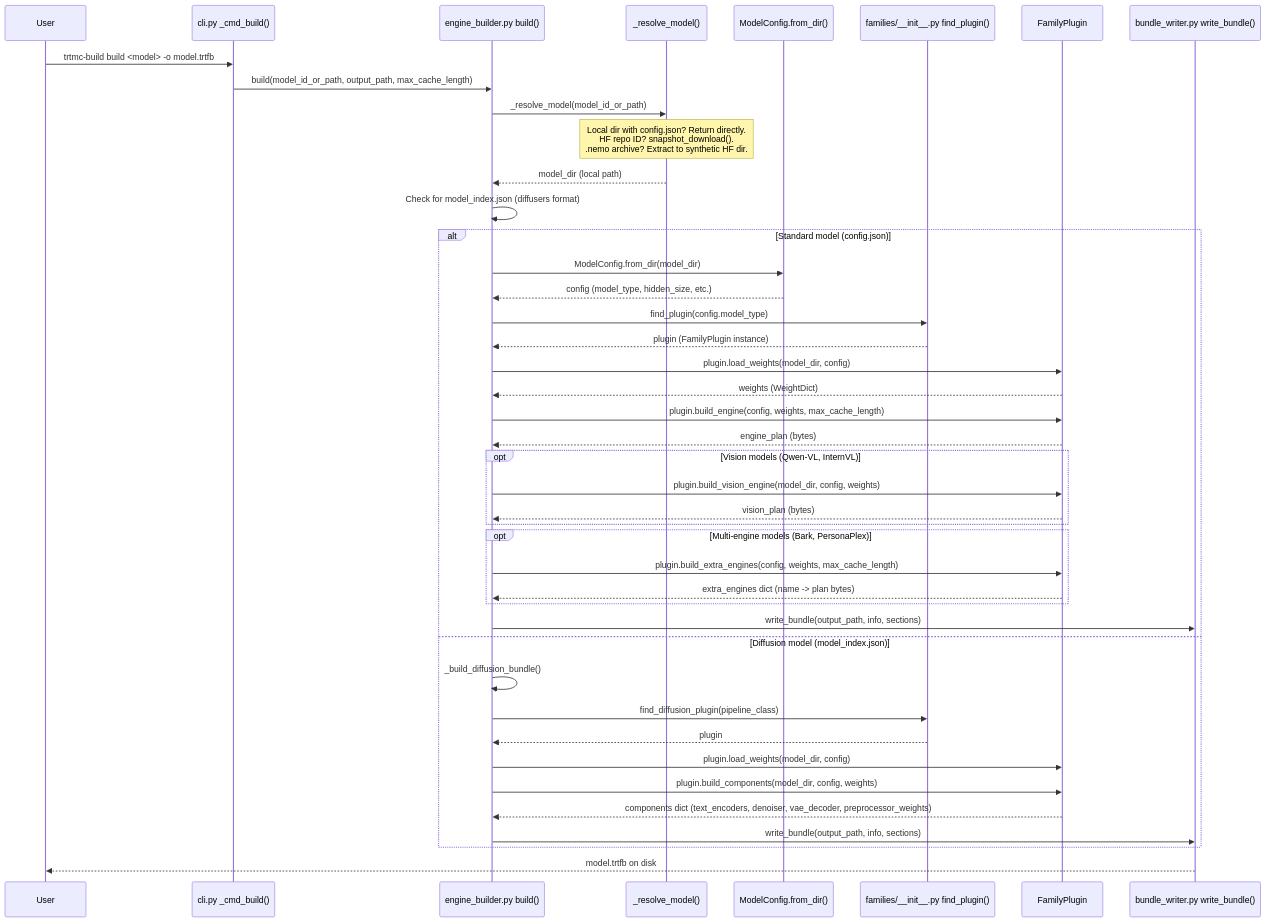
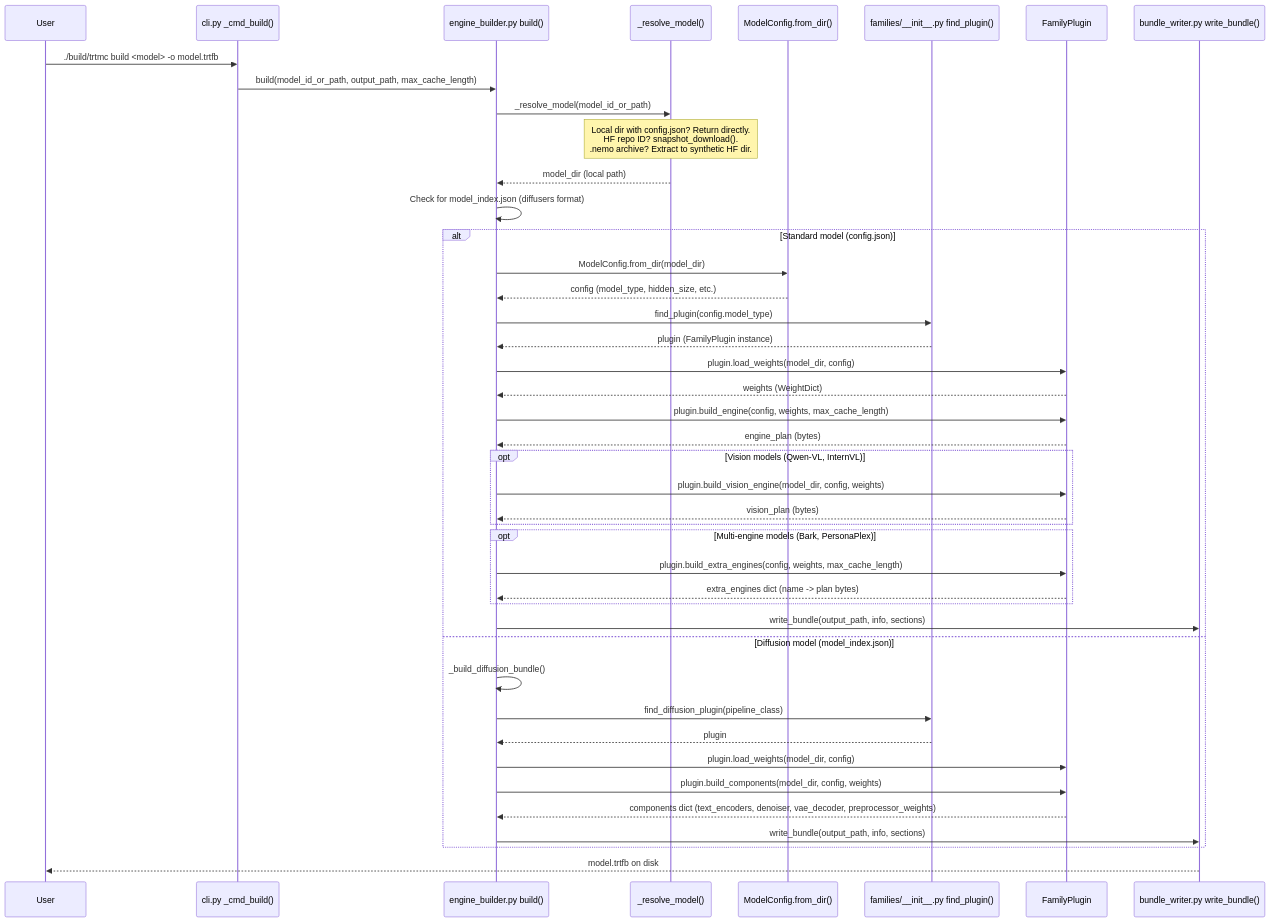
One commit to NVIDIA/TensorRT-Model-Connect changed the first of 8 diagrams in website/docs/wiki/Dynamic-Design.md. Above: the diagram before and after it, drawn with Mermaid. The commit also changed 176 other files, not shown here.

First line of the commit message:
feat(cli): package unified trtmc command

````diff
--- a/website/docs/wiki/Dynamic-Design.md
+++ b/website/docs/wiki/Dynamic-Design.md
@@ -27,46 +27,46 @@
 ```mermaid
 sequenceDiagram
     participant User
     participant CLI as cli.py _cmd_build()
     participant EB as engine_builder.py build()
     participant Resolve as _resolve_model()
     participant Config as ModelConfig.from_dir()
     participant Families as families/__init__.py find_plugin()
     participant Plugin as FamilyPlugin
     participant Writer as bundle_writer.py write_bundle()
 
-    User->>CLI: trtmc-build build <model> -o model.trtfb
+    User->>CLI: ./build/trtmc build <model> -o model.trtfb
     CLI->>EB: build(model_id_or_path, output_path, max_cache_length)
     EB->>Resolve: _resolve_model(model_id_or_path)
     Note over Resolve: Local dir with config.json? Return directly.<br/>HF repo ID? snapshot_download().<br/>.nemo archive? Extract to synthetic HF dir.
     Resolve-->>EB: model_dir (local path)
     EB->>EB: Check for model_index.json (diffusers format)
     alt Standard model (config.json)
         EB->>Config: ModelConfig.from_dir(model_dir)
         Config-->>EB: config (model_type, hidden_size, etc.)
         EB->>Families: find_plugin(config.model_type)
         Families-->>EB: plugin (FamilyPlugin instance)
         EB->>Plugin: plugin.load_weights(model_dir, config)
         Plugin-->>EB: weights (WeightDict)
         EB->>Plugin: plugin.build_engine(config, weights, max_cache_length)
         Plugin-->>EB: engine_plan (bytes)
         opt Vision models (Qwen-VL, InternVL)
             EB->>Plugin: plugin.build_vision_engine(model_dir, config, weights)
             Plugin-->>EB: vision_plan (bytes)
         end
         opt Multi-engine models (Bark, PersonaPlex)
             EB->>Plugin: plugin.build_extra_engines(config, weights, max_cache_length)
             Plugin-->>EB: extra_engines dict (name -> plan bytes)
         end
         EB->>Writer: write_bundle(output_path, info, sections)
     else Diffusion model (model_index.json)
         EB->>EB: _build_diffusion_bundle()
         EB->>Families: find_diffusion_plugin(pipeline_class)
         Families-->>EB: plugin
         EB->>Plugin: plugin.load_weights(model_dir, config)
         EB->>Plugin: plugin.build_components(model_dir, config, weights)
         Plugin-->>EB: components dict (text_encoders, denoiser, vae_decoder, preprocessor_weights)
         EB->>Writer: write_bundle(output_path, info, sections)
     end
     Writer-->>User: model.trtfb on disk
 ```
````
